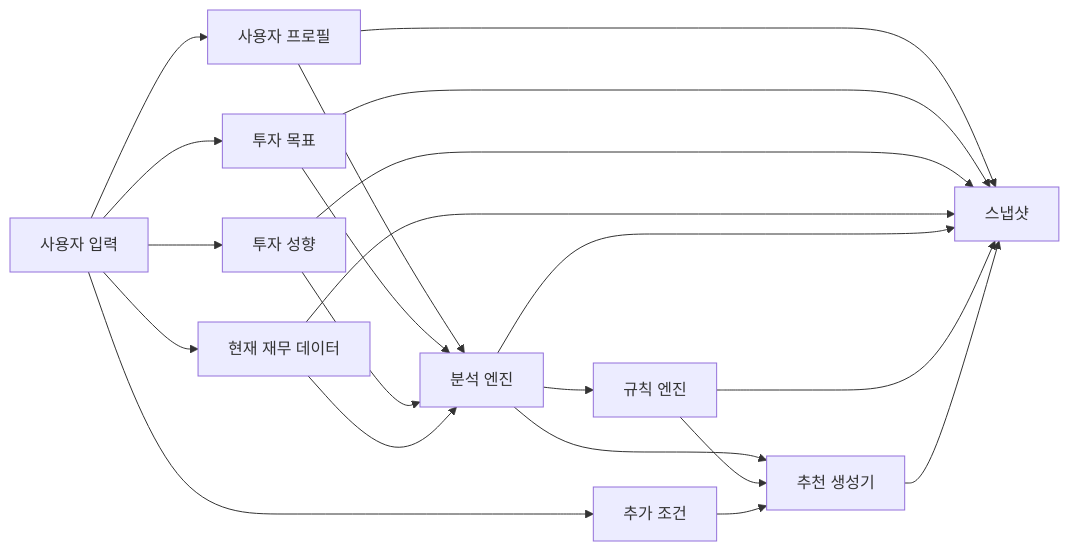
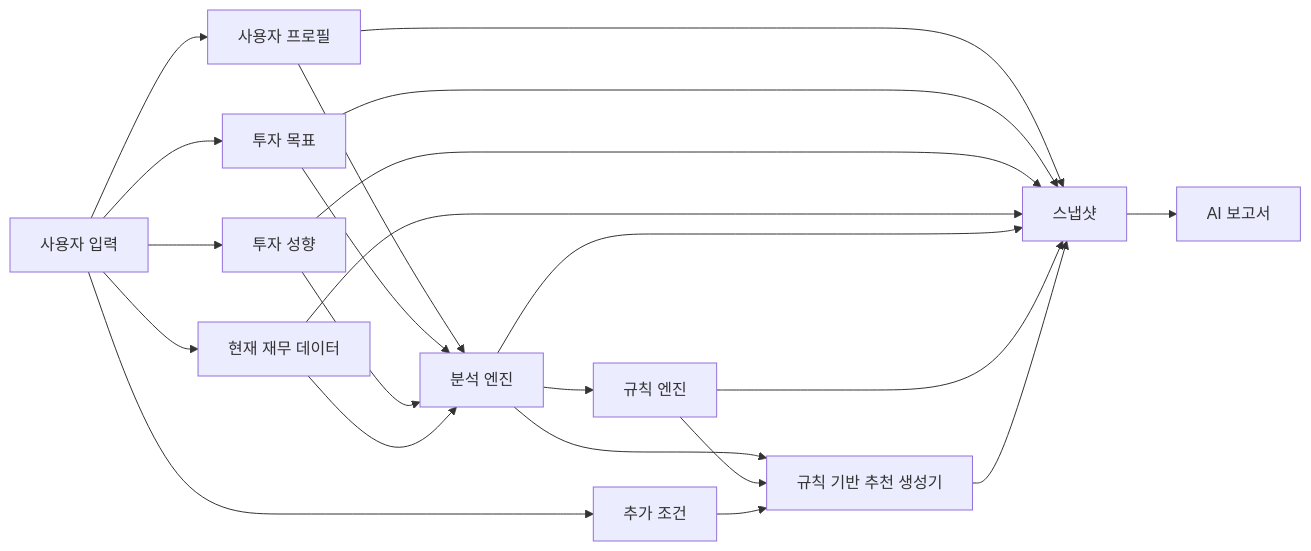
The seventh of 7 diagrams in docs/specifications/02-FLOW-CHART.md (xenric/personal-finance-copilot), drawn with Mermaid before and after one commit. The commit also changed other lines of this file and 10 other files, not shown here.

````diff
--- a/docs/specifications/02-FLOW-CHART.md
+++ b/docs/specifications/02-FLOW-CHART.md
@@ -312,39 +317,41 @@
 ```mermaid
 flowchart LR
     USER["사용자 입력"]
 
     PROFILE["사용자 프로필"]
     GOALS["투자 목표"]
     RISK["투자 성향"]
     FINANCE["현재 재무 데이터"]
     CONDITIONS["추가 조건"]
 
     ENGINE["분석 엔진"]
     RULES["규칙 엔진"]
-    RECOMMENDER["추천 생성기"]
+    RECOMMENDER["규칙 기반 추천 생성기"]
     SNAPSHOT["스냅샷"]
+    REPORT["AI 보고서"]
 
     USER --> PROFILE
     USER --> GOALS
     USER --> RISK
     USER --> FINANCE
     USER --> CONDITIONS
 
     PROFILE --> ENGINE
     GOALS --> ENGINE
     RISK --> ENGINE
     FINANCE --> ENGINE
 
     ENGINE --> RULES
     ENGINE --> RECOMMENDER
     RULES --> RECOMMENDER
     CONDITIONS --> RECOMMENDER
 
     PROFILE --> SNAPSHOT
     GOALS --> SNAPSHOT
     RISK --> SNAPSHOT
     FINANCE --> SNAPSHOT
     ENGINE --> SNAPSHOT
     RULES --> SNAPSHOT
     RECOMMENDER --> SNAPSHOT
+    SNAPSHOT --> REPORT
 ```
````
